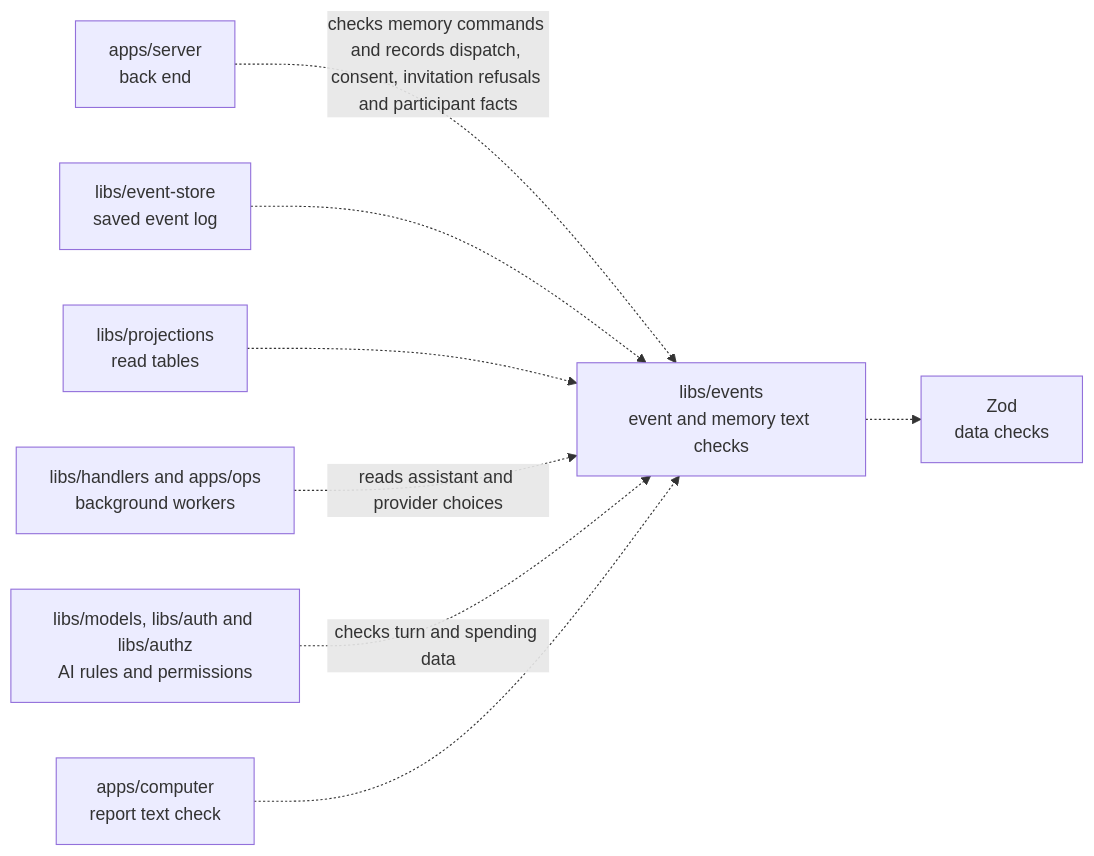
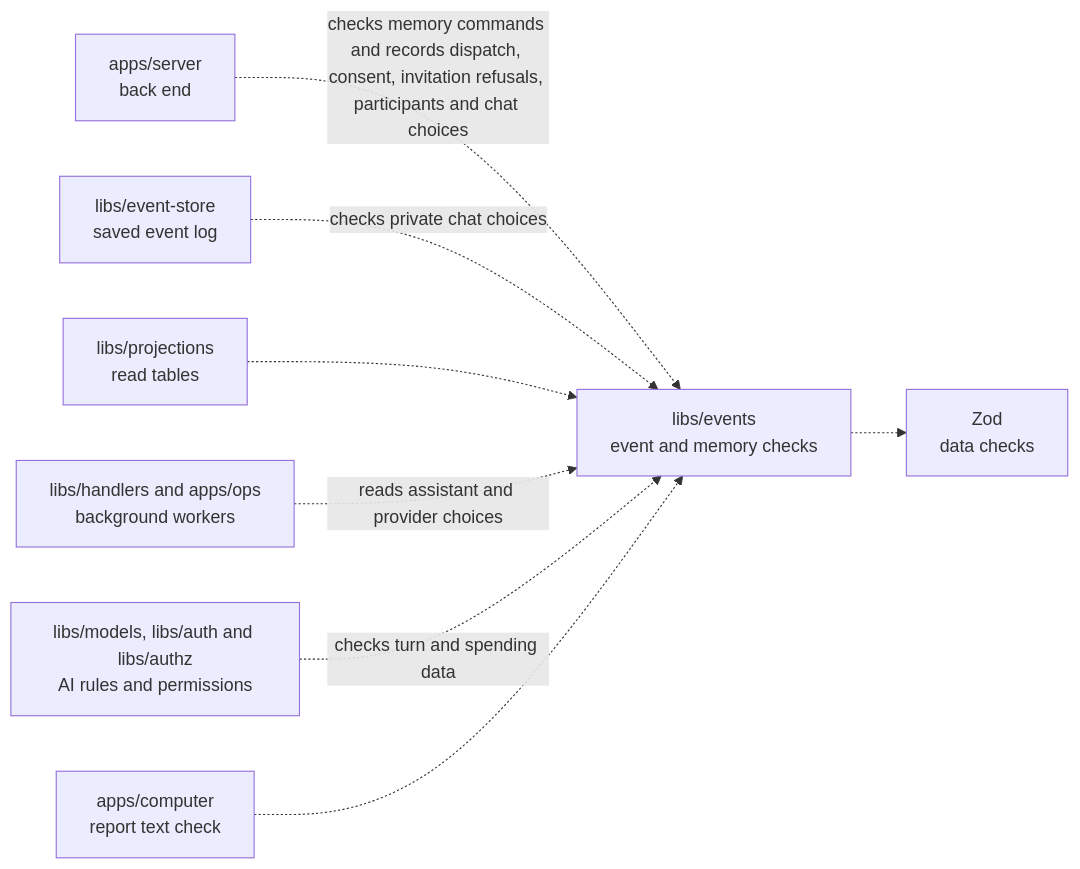
The diagram in libs/events/README.md (elewa-git/opencrane-new), drawn with Mermaid before and after one commit. The commit also changed other lines of this file and 16 other files, not shown here.

Commit message:
💾 Restore each person's archive and read choices from events.

````diff
--- a/libs/events/README.md
+++ b/libs/events/README.md
@@ -23,10 +23,10 @@
 ```mermaid
 flowchart LR
-  server["apps/server<br/>back end"] -.->|checks memory commands and records dispatch, consent, invitation refusals and participant facts| events["libs/events<br/>event and memory text checks"]
-  store["libs/event-store<br/>saved event log"] -.-> events
+  server["apps/server<br/>back end"] -.->|checks memory commands and records dispatch, consent, invitation refusals, participants and chat choices| events["libs/events<br/>event and memory checks"]
+  store["libs/event-store<br/>saved event log"] -.->|checks private chat choices| events
   projections["libs/projections<br/>read tables"] -.-> events
   workers["libs/handlers and apps/ops<br/>background workers"] -.->|reads assistant and provider choices| events
   others["libs/models, libs/auth and libs/authz<br/>AI rules and permissions"] -.->|checks turn and spending data| events
   computer["apps/computer<br/>report text check"] -.-> events
   events -.-> zod["Zod<br/>data checks"]
 ```
````
